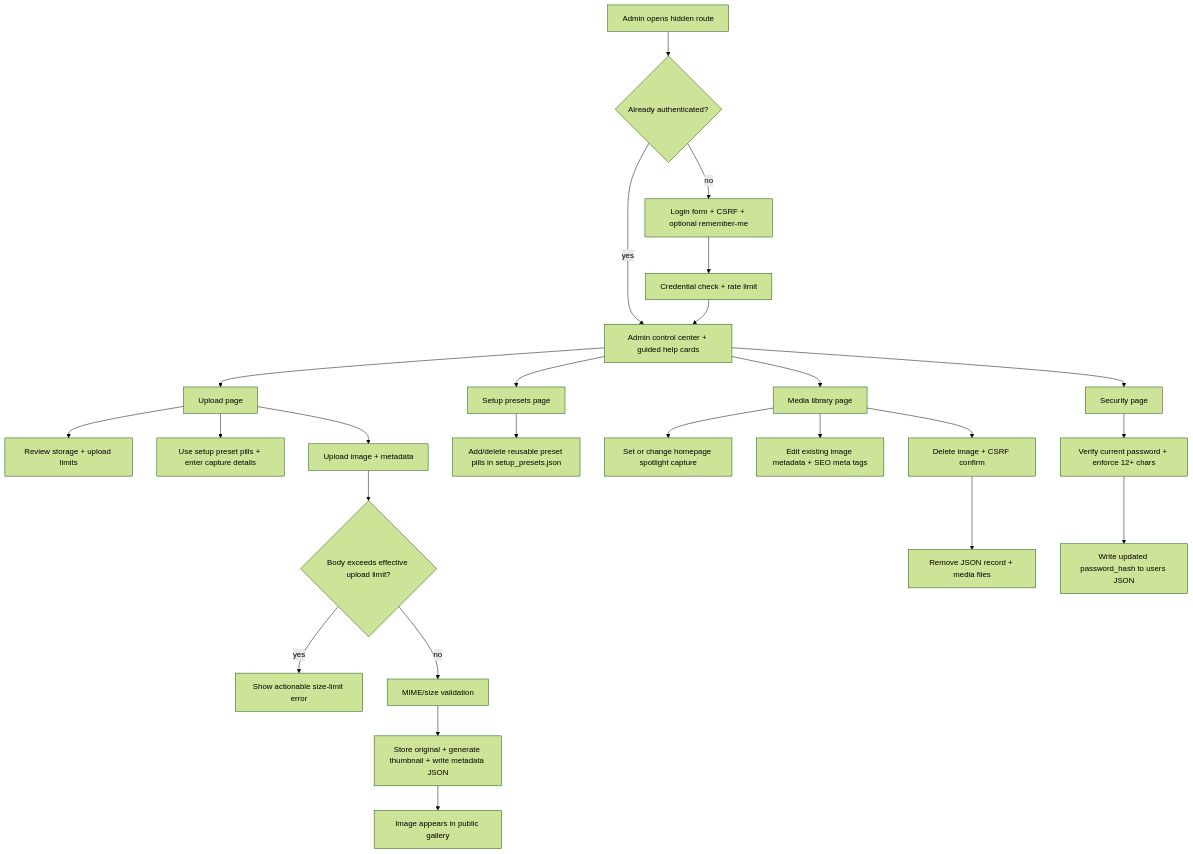
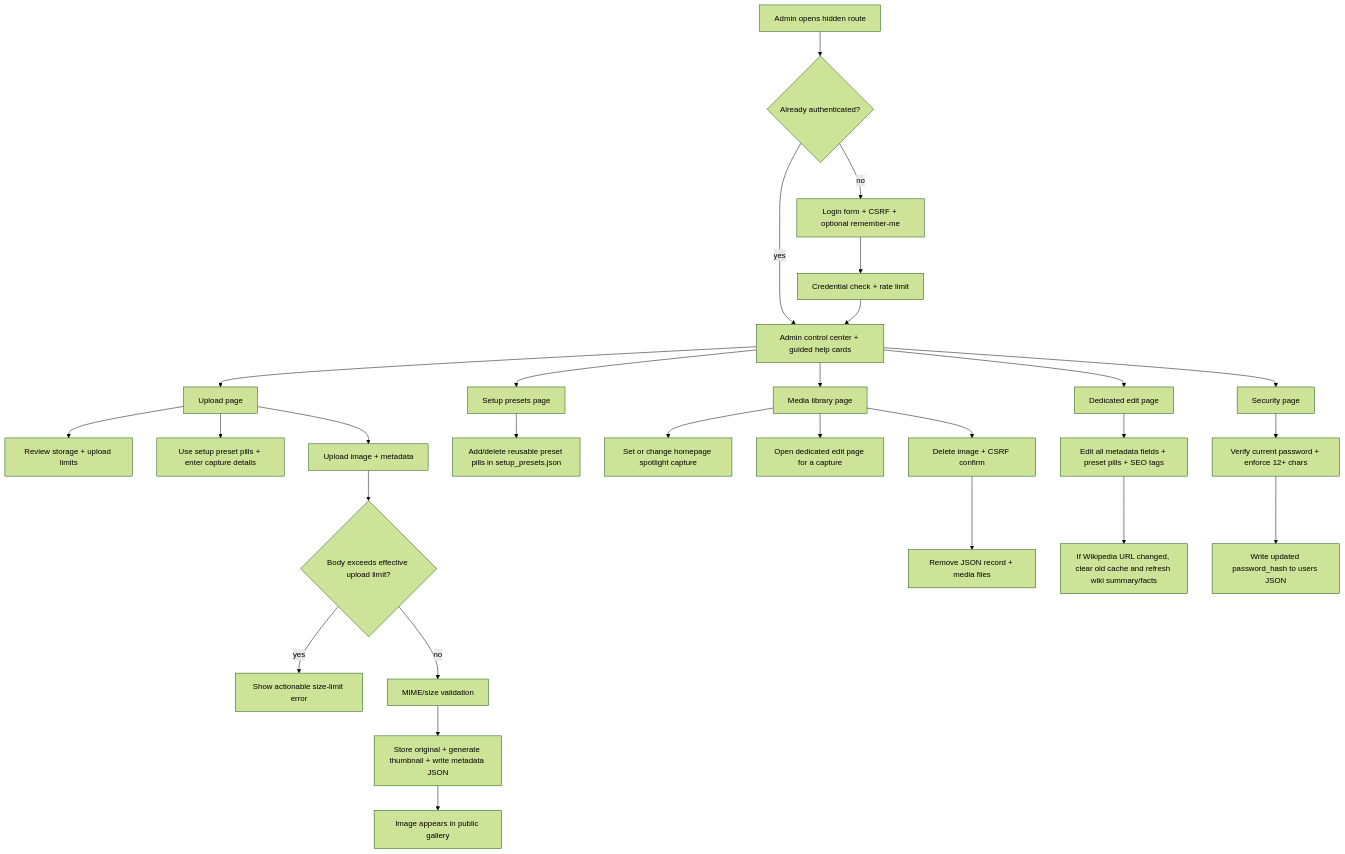
The second of 3 diagrams in README.md (smeird/images), drawn with Mermaid (forest theme) before and after one commit. The commit also changed other lines of this file and 6 other files, not shown here.

First line of the commit message:
Add dedicated admin edit page and Wikipedia key facts cache refresh

````diff
--- a/README.md
+++ b/README.md
@@ -156,27 +156,30 @@
 ```mermaid
 flowchart TD
   A[Admin opens hidden route] --> B{Already authenticated?}
   B -- yes --> D[Admin control center + guided help cards]
   B -- no --> C[Login form + CSRF + optional remember-me]
   C --> E[Credential check + rate limit]
   E --> D
   D --> U[Upload page]
   D --> P[Setup presets page]
   D --> M[Media library page]
+  D --> EDP[Dedicated edit page]
   D --> S[Security page]
   U --> T[Review storage + upload limits]
   U --> V[Use setup preset pills + enter capture details]
   U --> W[Upload image + metadata]
   W --> X{Body exceeds effective upload limit?}
   X -- yes --> Y[Show actionable size-limit error]
   X -- no --> Z[MIME/size validation]
   Z --> AA[Store original + generate thumbnail + write metadata JSON]
   AA --> AB[Image appears in public gallery]
   P --> AC[Add/delete reusable preset pills in setup_presets.json]
   M --> AD[Set or change homepage spotlight capture]
-  M --> AE[Edit existing image metadata + SEO meta tags]
+  M --> AE[Open dedicated edit page for a capture]
+  EDP --> AJ[Edit all metadata fields + preset pills + SEO tags]
+  AJ --> AK[If Wikipedia URL changed, clear old cache and refresh wiki summary/facts]
   M --> AF[Delete image + CSRF confirm]
   AF --> AG[Remove JSON record + media files]
   S --> AH[Verify current password + enforce 12+ chars]
   AH --> AI[Write updated password_hash to users JSON]
 ```
````
